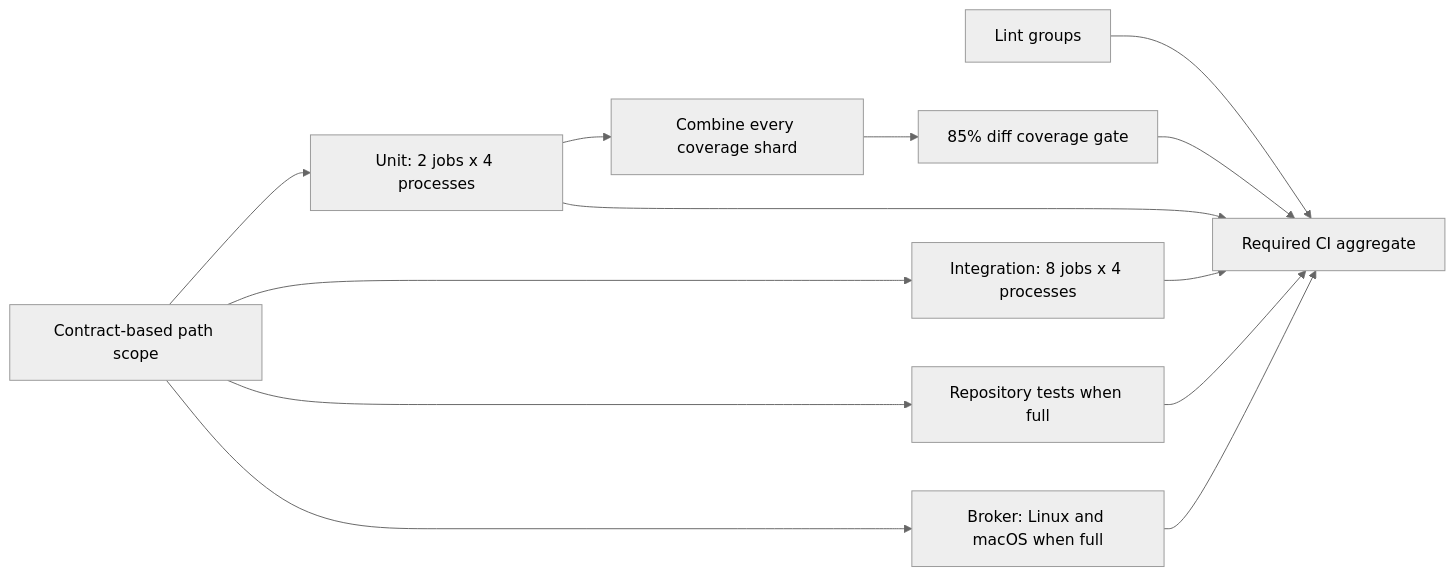
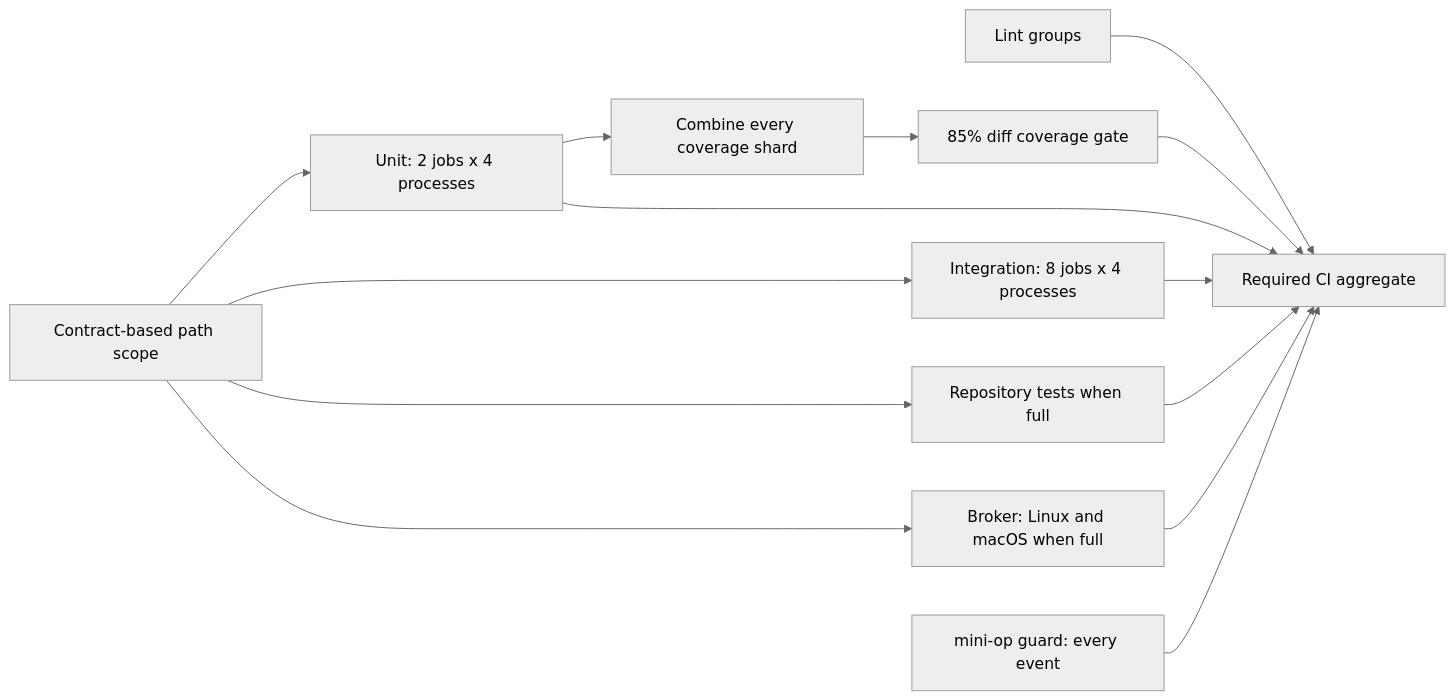
Before and after one commit to windroc-labs/ensemble: the diagram in docs/tests.md, drawn with Mermaid (neutral theme). The commit also changed other lines of this file and 20 other files, not shown here.

````diff
--- a/docs/tests.md
+++ b/docs/tests.md
@@ -117,15 +127,16 @@
 ```mermaid
 flowchart LR
     S[Contract-based path scope] --> U
     S --> I
     S --> R[Repository tests when full]
     S --> B
     L[Lint groups] --> CI[Required CI aggregate]
     U[Unit: 2 jobs x 4 processes] --> C[Combine every coverage shard]
     C --> G[85% diff coverage gate]
     G --> CI
     U --> CI
     I[Integration: 8 jobs x 4 processes] --> CI
     R --> CI
     B[Broker: Linux and macOS when full] --> CI
+    M[mini-op guard: every event] --> CI
 ```
````
